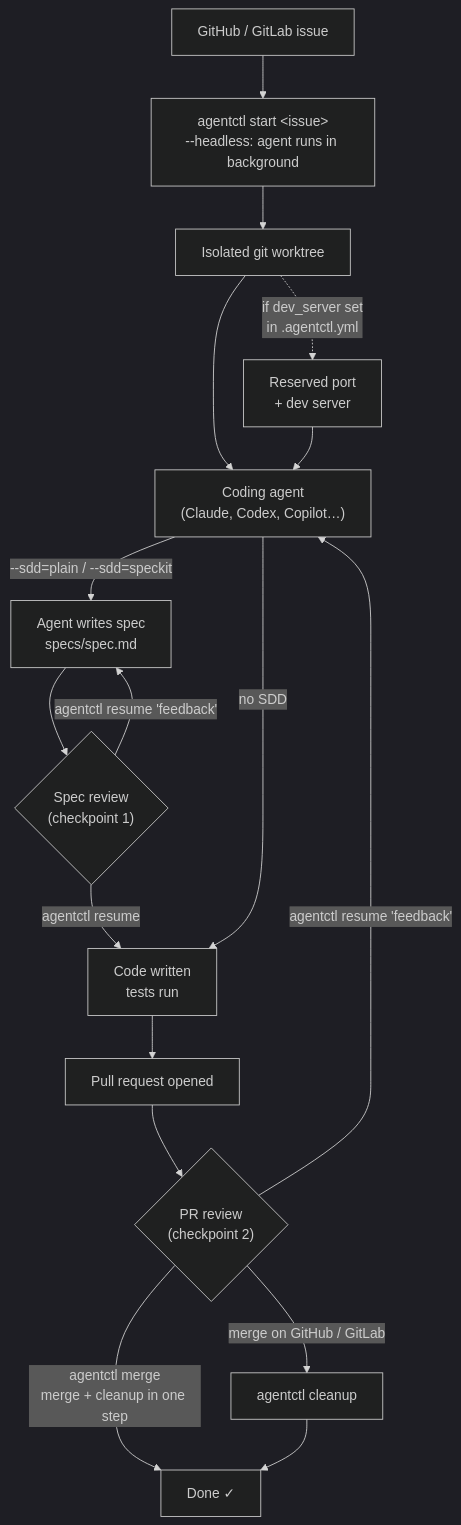
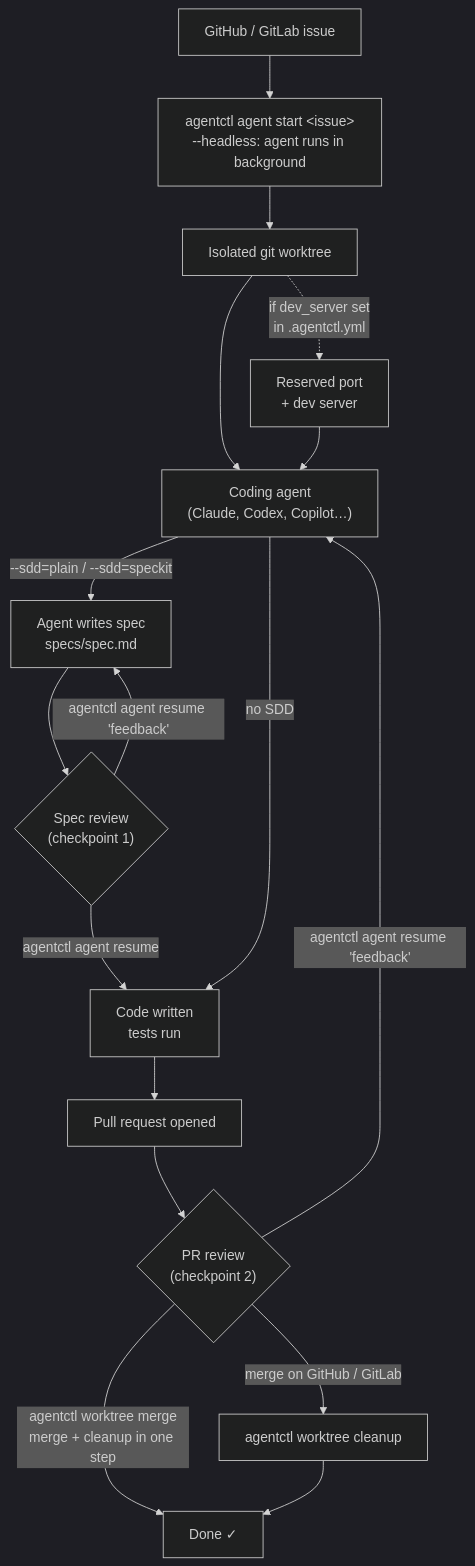
One commit to arun-gupta/agentctl changed the diagram in README.md. Above: the diagram before and after it, drawn with Mermaid (dark theme). The commit also changed other lines of this file and 4 other files, not shown here.

````diff
--- a/README.md
+++ b/README.md
@@ -60,22 +62,22 @@
 ```mermaid
 flowchart TD
-    issue["GitHub / GitLab issue"] --> start["agentctl start &lt;issue&gt;\n--headless: agent runs in background"]
+    issue["GitHub / GitLab issue"] --> start["agentctl agent start &lt;issue&gt;\n--headless: agent runs in background"]
     start --> wt["Isolated git worktree"]
     wt -.->|"if dev_server set\nin .agentctl.yml"| port["Reserved port\n+ dev server"]
     wt --> agent["Coding agent\n(Claude, Codex, Copilot…)"]
     port --> agent
 
     agent -->|"--sdd=plain / --sdd=speckit"| spec["Agent writes spec\nspecs/spec.md"]
     spec --> specreview{"Spec review\n(checkpoint 1)"}
-    specreview -->|"agentctl resume 'feedback'"| spec
-    specreview -->|"agentctl resume"| code
+    specreview -->|"agentctl agent resume 'feedback'"| spec
+    specreview -->|"agentctl agent resume"| code
 
     agent -->|no SDD| code["Code written\ntests run"]
 
     code --> pr["Pull request opened"]
     pr --> prereview{"PR review\n(checkpoint 2)"}
-    prereview -->|"agentctl resume 'feedback'"| agent
-    prereview -->|"merge on GitHub / GitLab"| cleanup["agentctl cleanup"]
-    prereview -->|"agentctl merge\nmerge + cleanup in one step"| done["Done ✓"]
+    prereview -->|"agentctl agent resume 'feedback'"| agent
+    prereview -->|"merge on GitHub / GitLab"| cleanup["agentctl worktree cleanup"]
+    prereview -->|"agentctl worktree merge\nmerge + cleanup in one step"| done["Done ✓"]
     cleanup --> done
 ```
````
